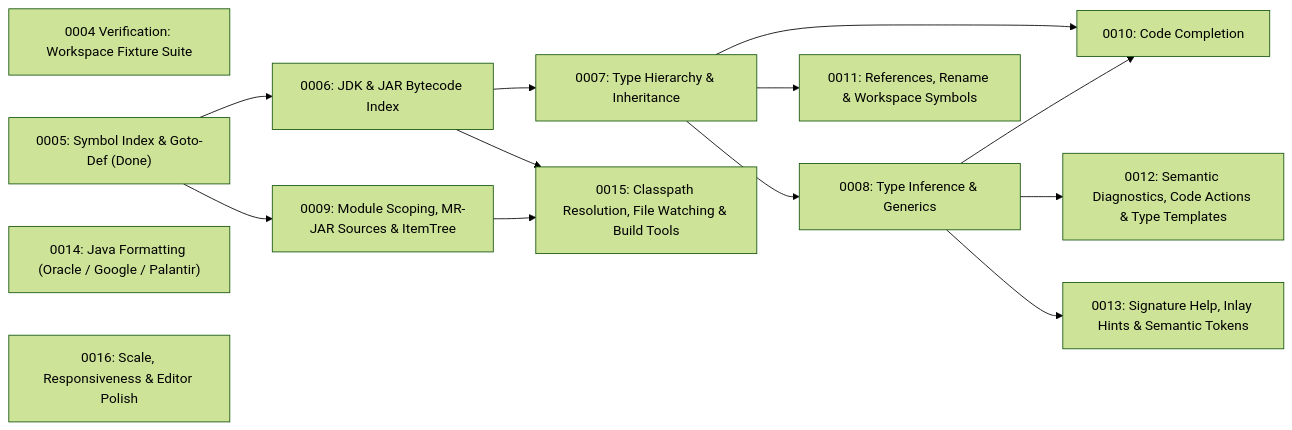
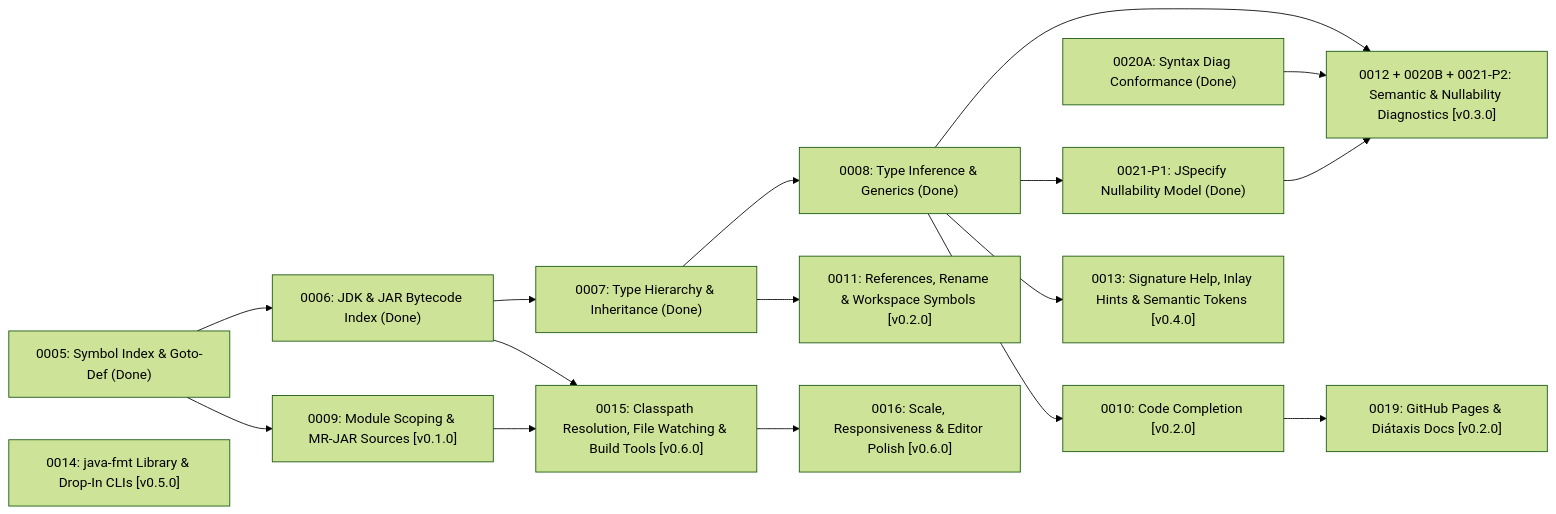
The diagram in docs/ROADMAP.md (java-analyzer/java-analyzer), drawn with Mermaid (forest theme) before and after one commit. The commit also changed other lines of this file and 1 other file, not shown here.

First line of the commit message:
Add pre-1.0 roadmap versions and stability policy

````diff
--- a/docs/ROADMAP.md
+++ b/docs/ROADMAP.md
@@ -17,28 +42,32 @@
 ```mermaid
 flowchart LR
-    S4V["0004 Verification: Workspace Fixture Suite"]
     S5["0005: Symbol Index & Goto-Def (Done)"]
-    S6["0006: JDK & JAR Bytecode Index"]
-    S7["0007: Type Hierarchy & Inheritance"]
-    S8["0008: Type Inference & Generics"]
-    S9["0009: Module Scoping, MR-JAR Sources & ItemTree"]
-    S10["0010: Code Completion"]
-    S11["0011: References, Rename & Workspace Symbols"]
-    S12["0012: Semantic Diagnostics, Code Actions & Type Templates"]
-    S13["0013: Signature Help, Inlay Hints & Semantic Tokens"]
-    S14["0014: Java Formatting (Oracle / Google / Palantir)"]
-    S15["0015: Classpath Resolution, File Watching & Build Tools"]
-    S16["0016: Scale, Responsiveness & Editor Polish"]
+    S6["0006: JDK & JAR Bytecode Index (Done)"]
+    S7["0007: Type Hierarchy & Inheritance (Done)"]
+    S8["0008: Type Inference & Generics (Done)"]
+    S20A["0020A: Syntax Diag Conformance (Done)"]
+    S21A["0021-P1: JSpecify Nullability Model (Done)"]
+    S9["0009: Module Scoping & MR-JAR Sources [v0.1.0]"]
+    S10["0010: Code Completion [v0.2.0]"]
+    S11["0011: References, Rename & Workspace Symbols [v0.2.0]"]
+    S19["0019: GitHub Pages & Diátaxis Docs [v0.2.0]"]
+    S12["0012 + 0020B + 0021-P2: Semantic & Nullability Diagnostics [v0.3.0]"]
+    S13["0013: Signature Help, Inlay Hints & Semantic Tokens [v0.4.0]"]
+    S14["0014: java-fmt Library & Drop-In CLIs [v0.5.0]"]
+    S15["0015: Classpath Resolution, File Watching & Build Tools [v0.6.0]"]
+    S16["0016: Scale, Responsiveness & Editor Polish [v0.6.0]"]
 
-    S5 --> S6
-    S6 --> S7
-    S7 --> S8
+    S5 --> S6 --> S7 --> S8
+    S8 --> S21A
     S5 --> S9
-    S7 --> S10
     S8 --> S10
     S7 --> S11
+    S10 --> S19
     S8 --> S12
+    S20A --> S12
+    S21A --> S12
     S8 --> S13
     S6 --> S15
     S9 --> S15
+    S15 --> S16
 ```
````
